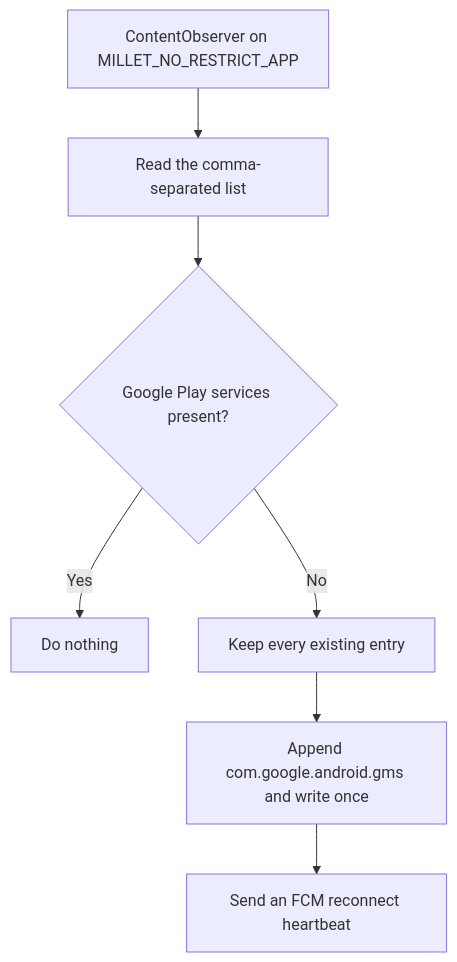
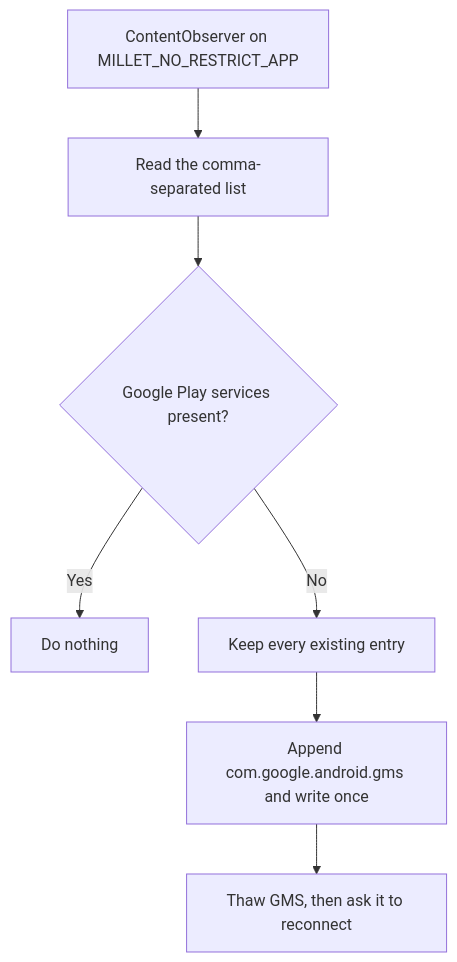
One commit to kemzsitink/MilletGuard changed the diagram in README.md. Above: the diagram before and after it, drawn with Mermaid. The commit also changed other lines of this file and 8 other files, not shown here.

````diff
--- a/README.md
+++ b/README.md
@@ -68,9 +68,9 @@
 ```mermaid
 flowchart TD
     A[ContentObserver on MILLET_NO_RESTRICT_APP] --> B[Read the comma-separated list]
     B --> C{Google Play services present?}
     C -- Yes --> D[Do nothing]
     C -- No --> E[Keep every existing entry]
     E --> F[Append com.google.android.gms and write once]
-    F --> G[Send an FCM reconnect heartbeat]
+    F --> G[Thaw GMS, then ask it to reconnect]
 ```
````
